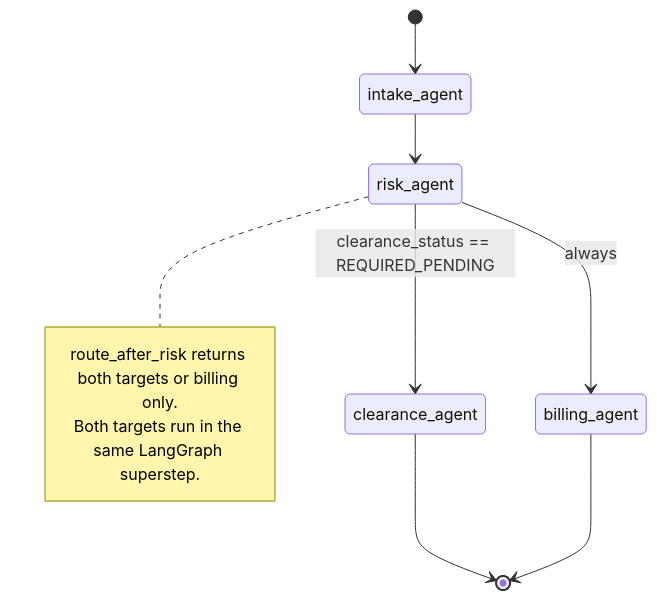
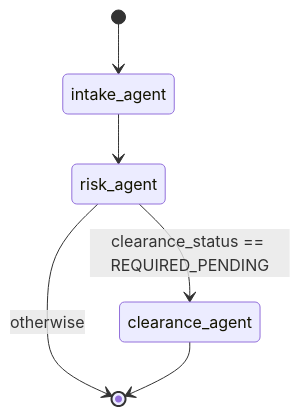
The second of 7 diagrams in docs/MAO_PLATFORM.md (flykrth/team-aether), drawn with Mermaid before and after one commit. The commit also changed other lines of this file and 25 other files, not shown here.

````diff
--- a/docs/MAO_PLATFORM.md
+++ b/docs/MAO_PLATFORM.md
@@ -165,14 +166,8 @@
 ```mermaid
 stateDiagram-v2
     [*] --> intake_agent
     intake_agent --> risk_agent
     risk_agent --> clearance_agent: clearance_status == REQUIRED_PENDING
-    risk_agent --> billing_agent: always
+    risk_agent --> [*]: otherwise
     clearance_agent --> [*]
-    billing_agent --> [*]
-
-    note right of risk_agent
-        route_after_risk returns both targets or billing only.
-        Both targets run in the same LangGraph superstep.
-    end note
 ```
````
